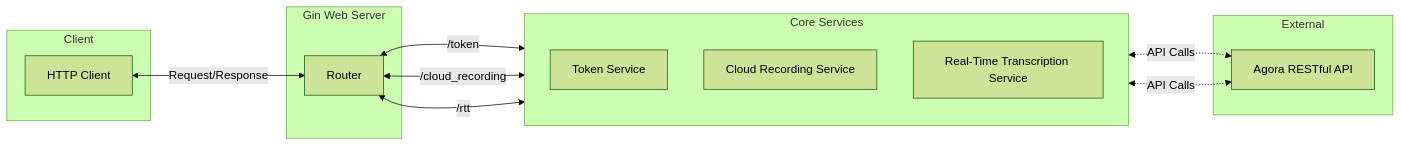
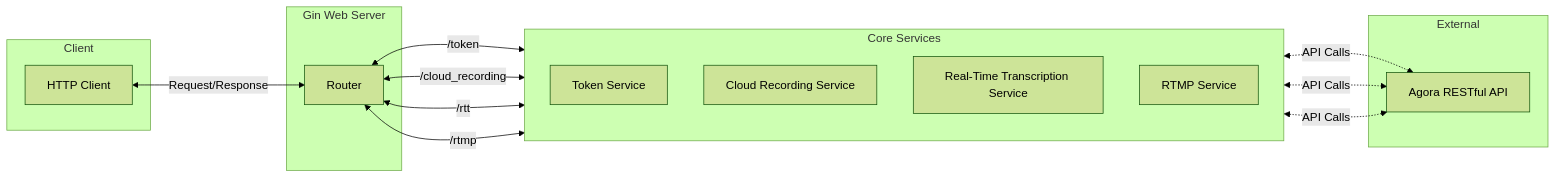
Before and after one commit to AgoraIO-Community/agora-go-backend-middleware: the diagram in README.md, drawn with Mermaid (forest theme). The commit also changed other lines of this file, not shown here.

````diff
--- a/README.md
+++ b/README.md
@@ -26,30 +26,32 @@
 ```mermaid
 flowchart LR
     subgraph Client
         A[HTTP Client]
     end
 
     subgraph "Gin Web Server"
         B[Router]
     end
 
     subgraph "Core Services"
         direction TB
         C[Token Service]
         D[Cloud Recording Service]
         E[Real-Time Transcription Service]
+        F[RTMP Service]
     end
 
     subgraph "External"
         K[Agora RESTful API]
     end
 
     A <-->|Request/Response| B
     B <-->|/token| C
     B <-->|/cloud_recording| D
     B <-->|/rtt| E
-    D & E <-.->|API Calls| K
+    B <-->|/rtmp| F
+    D & E & F <-.->|API Calls| K
 
     classDef request fill:#f9f,stroke:#333,stroke-width:2px;
     classDef response fill:#bbf,stroke:#333,stroke-width:2px;
 ```
````
